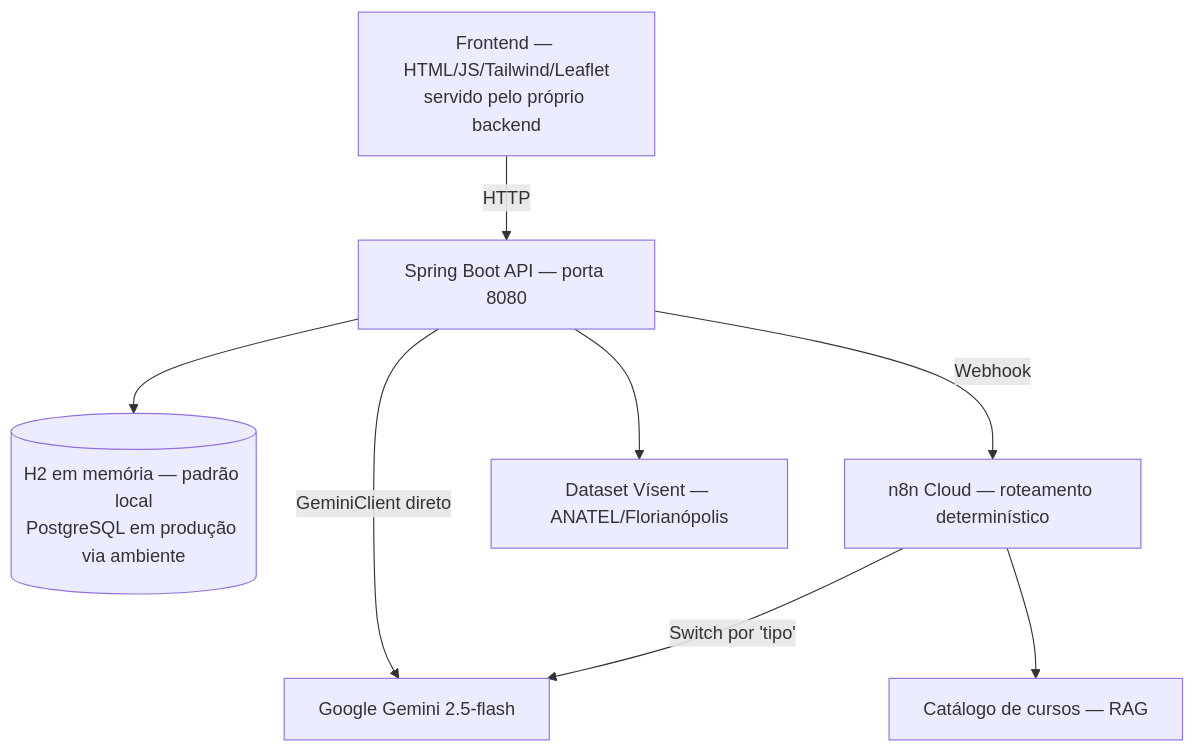
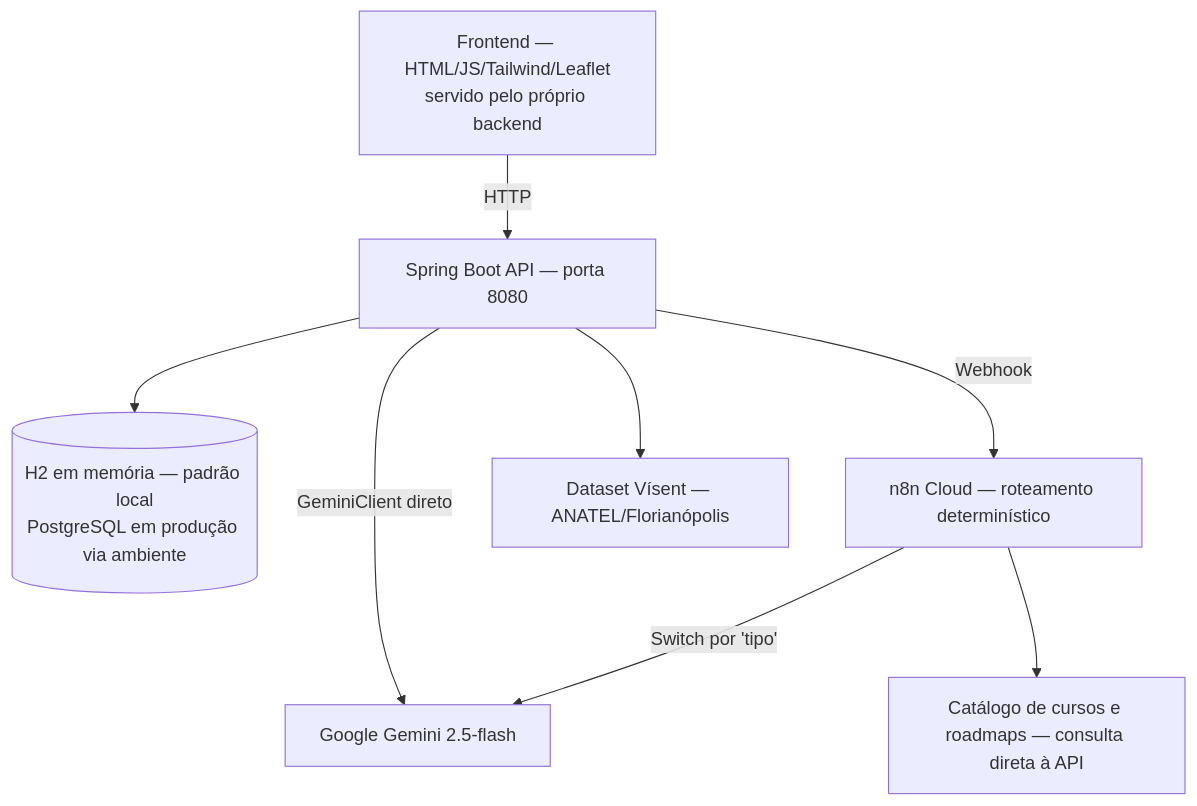
Before and after one commit to No-Country-simulation/S06-26-AB-EQUIPE-68: the second of 2 diagrams in README.md, drawn with Mermaid. The commit also changed other lines of this file and 5 other files, not shown here.

Commit message:
docs: troca "RAG" por consulta à base curada, já que não há busca por similaridade

````diff
--- a/README.md
+++ b/README.md
@@ -275,25 +275,25 @@
 ```mermaid
 graph TD
 
 UI[Frontend — HTML/JS/Tailwind/Leaflet<br/>servido pelo próprio backend]
 
 API[Spring Boot API — porta 8080]
 
 DB[(H2 em memória — padrão local<br/>PostgreSQL em produção via ambiente)]
 
 N8N[n8n Cloud — roteamento determinístico]
 
 AI[Google Gemini 2.5-flash]
 
-RAG[Catálogo de cursos — RAG]
+CAT[Catálogo de cursos e roadmaps — consulta direta à API]
 
 VISENT[Dataset Vísent — ANATEL/Florianópolis]
 
 UI -->|HTTP| API
 API --> DB
 API -->|Webhook| N8N
 N8N -->|Switch por 'tipo'| AI
-N8N --> RAG
+N8N --> CAT
 API -->|GeminiClient direto| AI
 API --> VISENT
 ```
````
